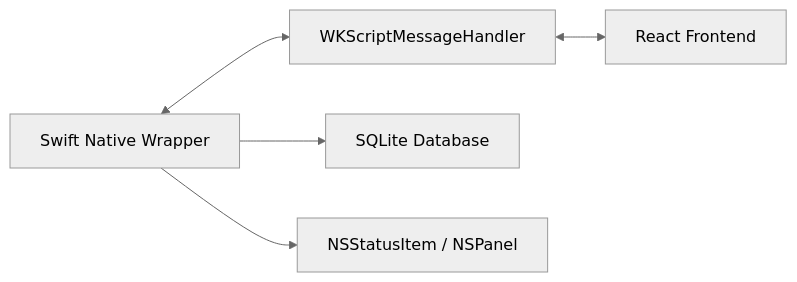
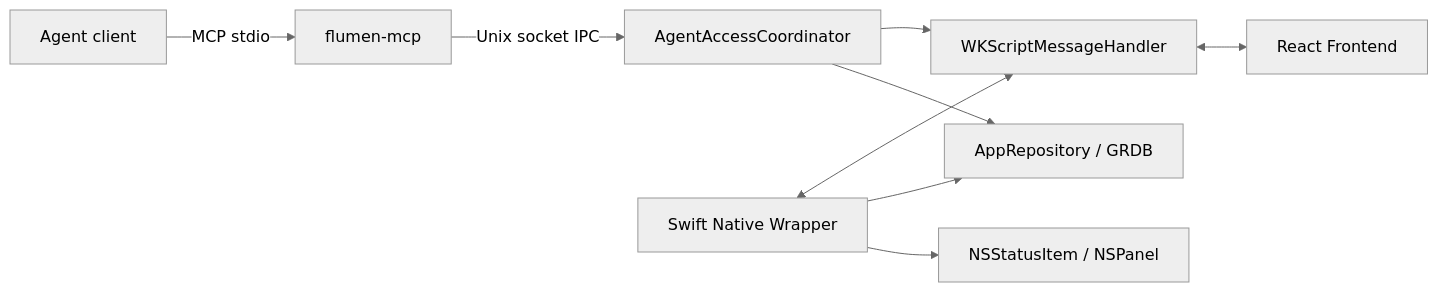
One commit to saranshbarua/pomodoro changed the diagram in docs/CODEBASE.md. Above: the diagram before and after it, drawn with Mermaid (neutral theme). The commit also changed other lines of this file and 45 other files, not shown here.

Commit message:
feat(mcp): implement flumen-mcp helper and Agent Access functionality

````diff
--- a/docs/CODEBASE.md
+++ b/docs/CODEBASE.md
@@ -9,7 +9,11 @@
 ```mermaid
 graph LR
+    Agent[Agent client] -->|"MCP stdio"| Helper[flumen-mcp]
+    Helper -->|"Unix socket IPC"| Coordinator[AgentAccessCoordinator]
     Swift[Swift Native Wrapper] <--> Bridge[WKScriptMessageHandler]
     Bridge <--> React[React Frontend]
-    Swift --> DB[SQLite Database]
+    Coordinator --> Bridge
+    Coordinator --> Repo[AppRepository / GRDB]
+    Swift --> Repo
     Swift --> NS[NSStatusItem / NSPanel]
 ```
````
